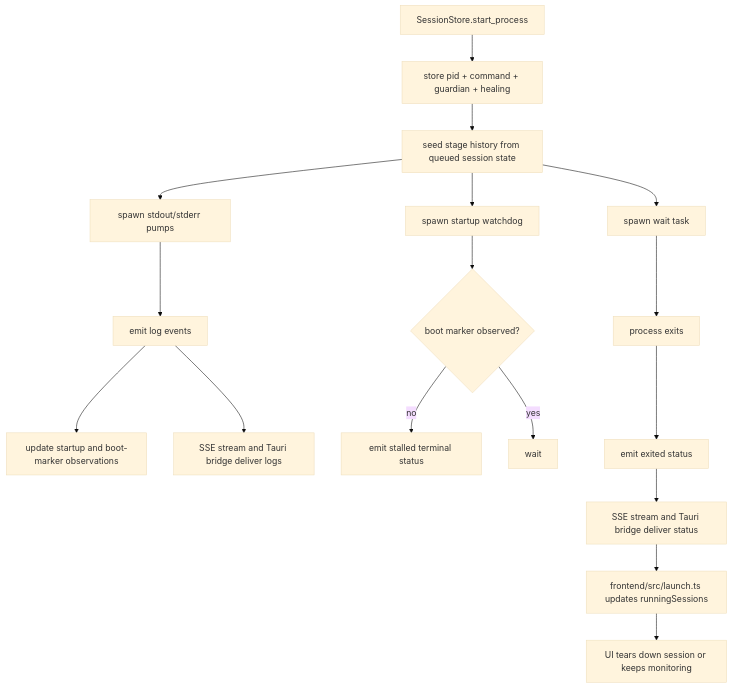
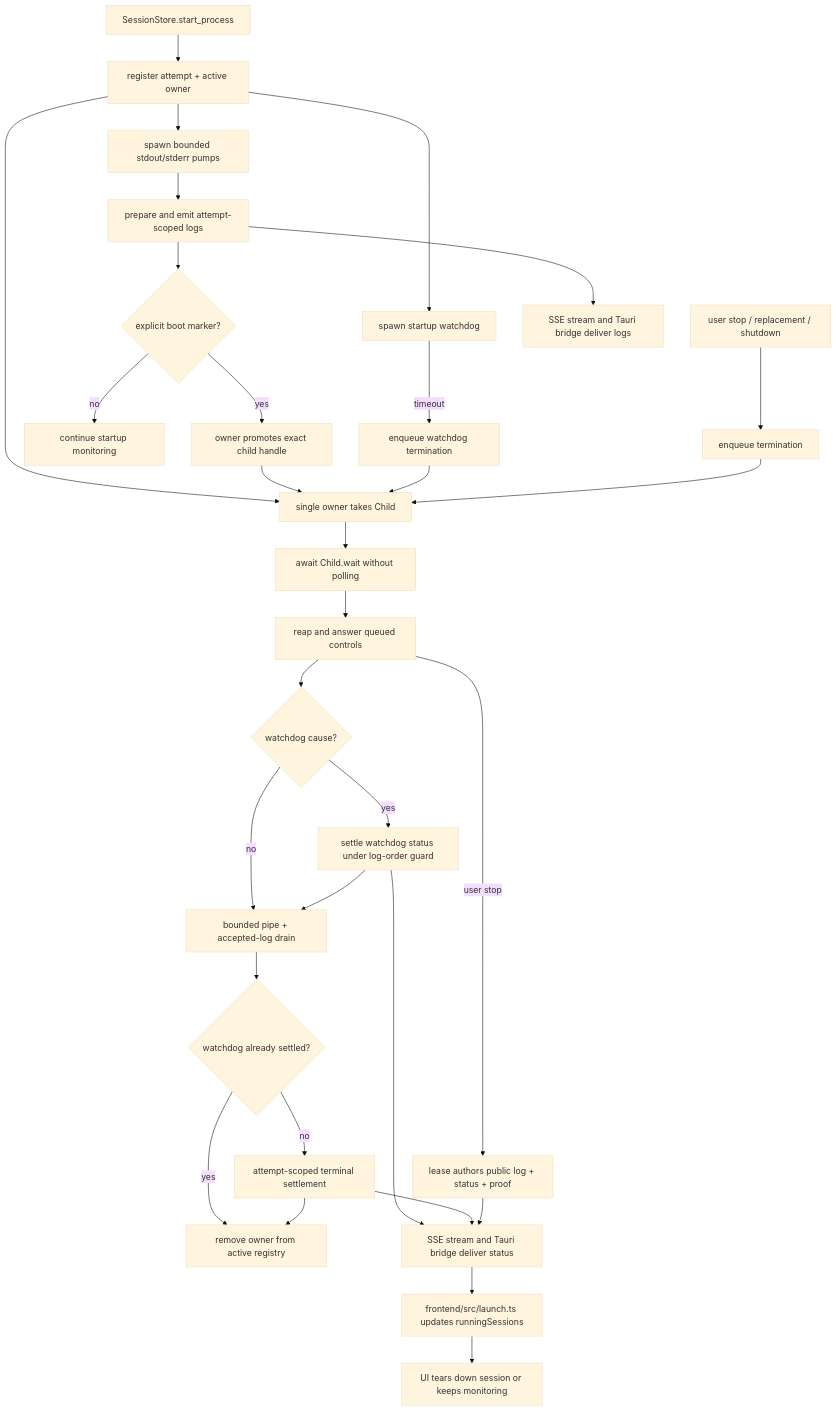
Before and after one commit to mateoltd/croopor: the fourth of 9 diagrams in docs/ARCHITECTURE.md, drawn with Mermaid (base theme). The commit also changed other lines of this file and 4 other files, not shown here.

Commit message:
perf(sessions): supervise processes without polling

````diff
--- a/docs/ARCHITECTURE.md
+++ b/docs/ARCHITECTURE.md
@@ -189,19 +189,33 @@
 ```mermaid
 flowchart TD
-    A[SessionStore.start_process] --> B[store pid + command + guardian + healing]
-    B --> C[seed stage history from queued session state]
-    C --> D[spawn stdout/stderr pumps]
-    C --> E[spawn startup watchdog]
-    C --> F[spawn wait task]
-    D --> G[emit log events]
-    G --> H[update startup and boot-marker observations]
-    E --> I{boot marker observed?}
-    I -->|no| J[emit stalled terminal status]
-    I -->|yes| K[wait]
-    F --> L[process exits]
-    L --> M[emit exited status]
-    G --> N[SSE stream and Tauri bridge deliver logs]
-    M --> O[SSE stream and Tauri bridge deliver status]
-    O --> P[frontend/src/launch.ts updates runningSessions]
-    P --> Q[UI tears down session or keeps monitoring]
+    A[SessionStore.start_process] --> B[register attempt + active owner]
+    B --> C[spawn bounded stdout/stderr pumps]
+    B --> D[spawn startup watchdog]
+    B --> E[single owner takes Child]
+    C --> F[prepare and emit attempt-scoped logs]
+    F --> G{explicit boot marker?}
+    G -->|yes| H[owner promotes exact child handle]
+    G -->|no| I[continue startup monitoring]
+    D -->|timeout| J[enqueue watchdog termination]
+    K[user stop / replacement / shutdown] --> L[enqueue termination]
+    H --> E
+    J --> E
+    L --> E
+    E --> M[await Child.wait without polling]
+    M --> N[reap and answer queued controls]
+    N --> O{watchdog cause?}
+    O -->|yes| P[settle watchdog status under log-order guard]
+    O -->|no| Q[bounded pipe + accepted-log drain]
+    P --> Q
+    Q --> R{watchdog already settled?}
+    R -->|no| S[attempt-scoped terminal settlement]
+    R -->|yes| T[remove owner from active registry]
+    S --> T
+    N -->|user stop| V[lease authors public log + status + proof]
+    F --> LOGS[SSE stream and Tauri bridge deliver logs]
+    P --> STATUS[SSE stream and Tauri bridge deliver status]
+    S --> STATUS
+    V --> STATUS
+    STATUS --> UI[frontend/src/launch.ts updates runningSessions]
+    UI --> DONE[UI tears down session or keeps monitoring]
 ```
````
